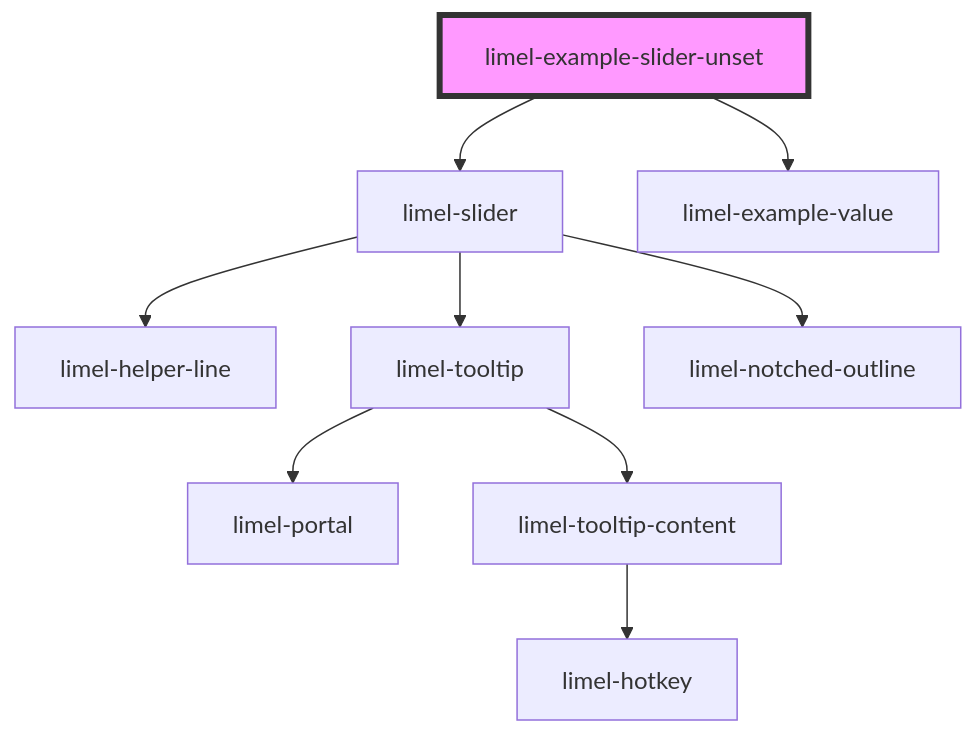
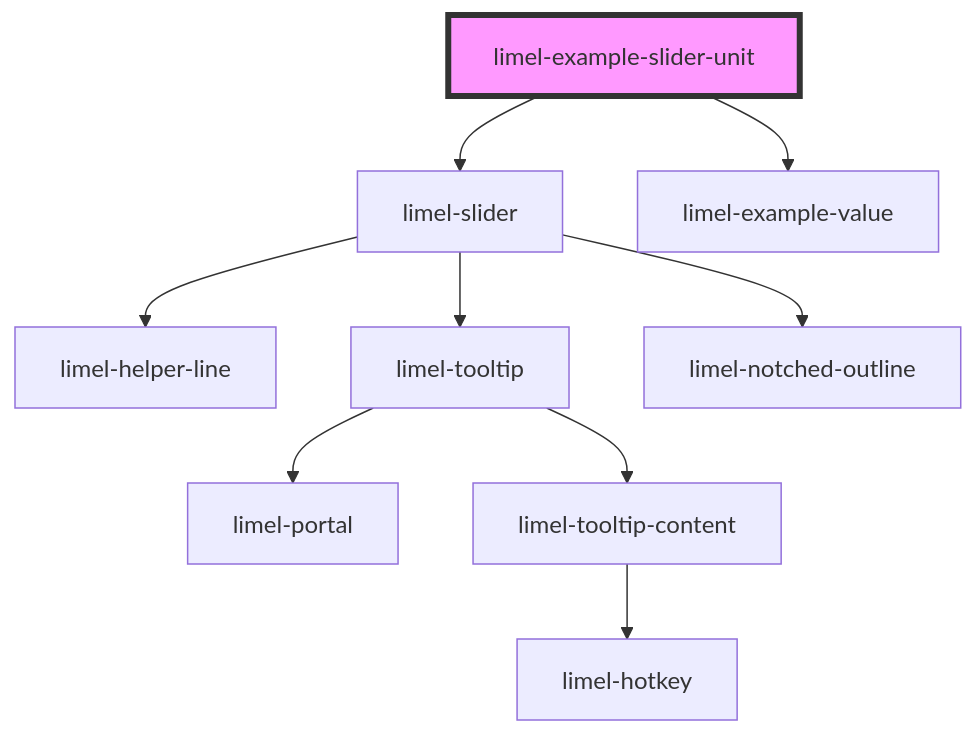
The diagram in versions/PR-4511/markdown-docs/components/slider/examples/readme.md (Lundalogik/lime-elements), drawn with Mermaid before and after one commit. The commit also changed other lines of this file and 3 other files, not shown here.

````diff
--- a/versions/PR-4511/markdown-docs/components/slider/examples/readme.md
+++ b/versions/PR-4511/markdown-docs/components/slider/examples/readme.md
@@ -34,12 +25,12 @@
 ```mermaid
 graph TD;
-  limel-example-slider-unset --> limel-slider
-  limel-example-slider-unset --> limel-example-value
+  limel-example-slider-unit --> limel-slider
+  limel-example-slider-unit --> limel-example-value
   limel-slider --> limel-helper-line
   limel-slider --> limel-tooltip
   limel-slider --> limel-notched-outline
   limel-tooltip --> limel-portal
   limel-tooltip --> limel-tooltip-content
   limel-tooltip-content --> limel-hotkey
-  style limel-example-slider-unset fill:#f9f,stroke:#333,stroke-width:4px
+  style limel-example-slider-unit fill:#f9f,stroke:#333,stroke-width:4px
 ```
````
